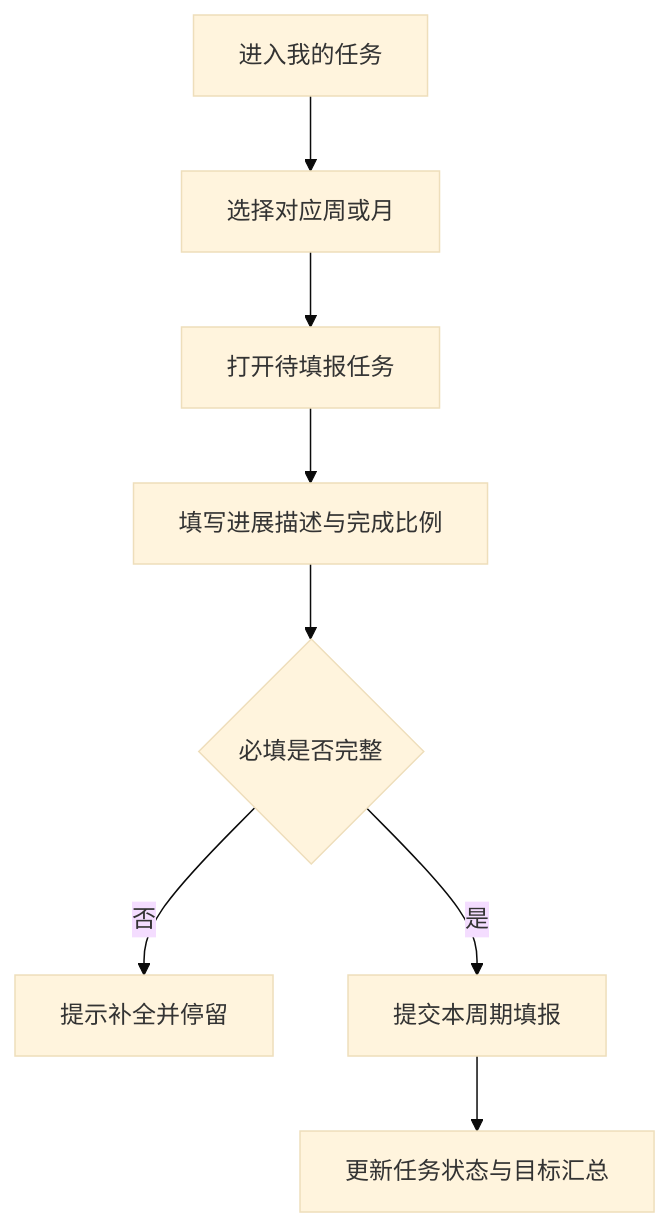
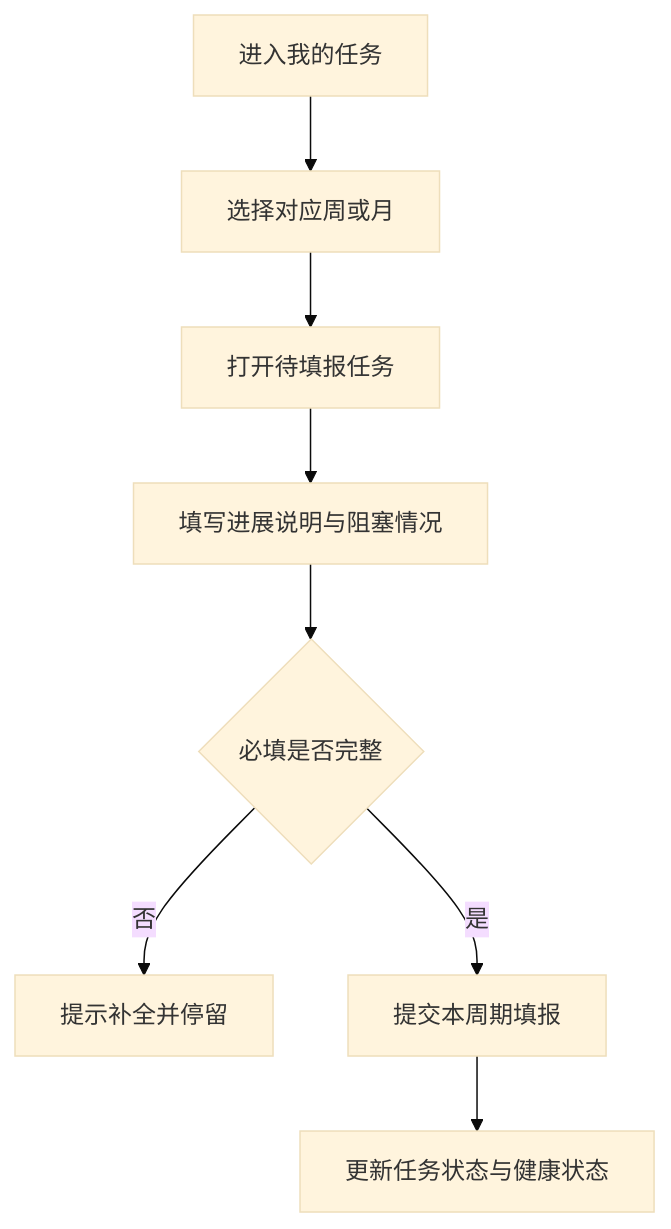
The third of 8 diagrams in docs/versions/v1.0.0/prd.md (liaoliao66/BMS), drawn with Mermaid (base theme) before and after one commit. The commit also changed other lines of this file and 16 other files, not shown here.

````diff
--- a/docs/versions/v1.0.0/prd.md
+++ b/docs/versions/v1.0.0/prd.md
@@ -182,10 +183,10 @@
 ```mermaid
 flowchart TD
   A[进入我的任务] --> B[选择对应周或月]
   B --> C[打开待填报任务]
-  C --> D[填写进展描述与完成比例]
+  C --> D[填写进展说明与阻塞情况]
   D --> E{必填是否完整}
   E -->|否| F[提示补全并停留]
   E -->|是| G[提交本周期填报]
-  G --> H[更新任务状态与目标汇总]
+  G --> H[更新任务状态与健康状态]
 ```
````
